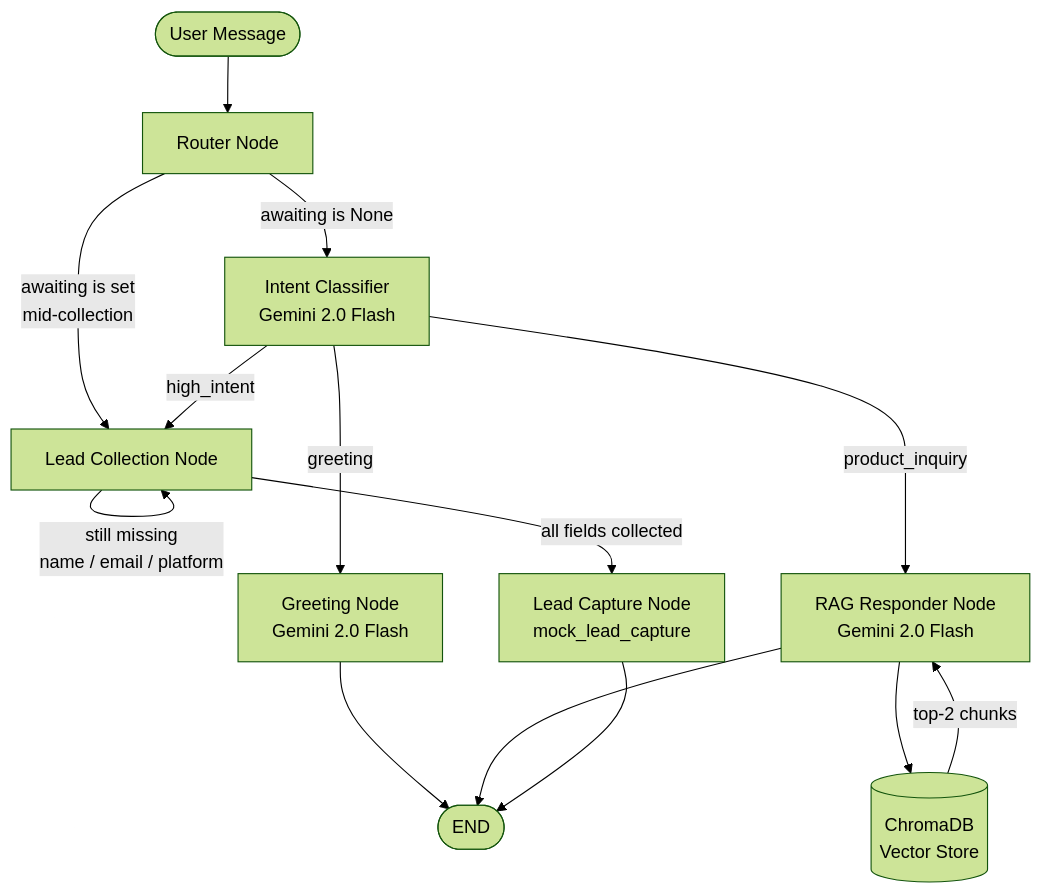
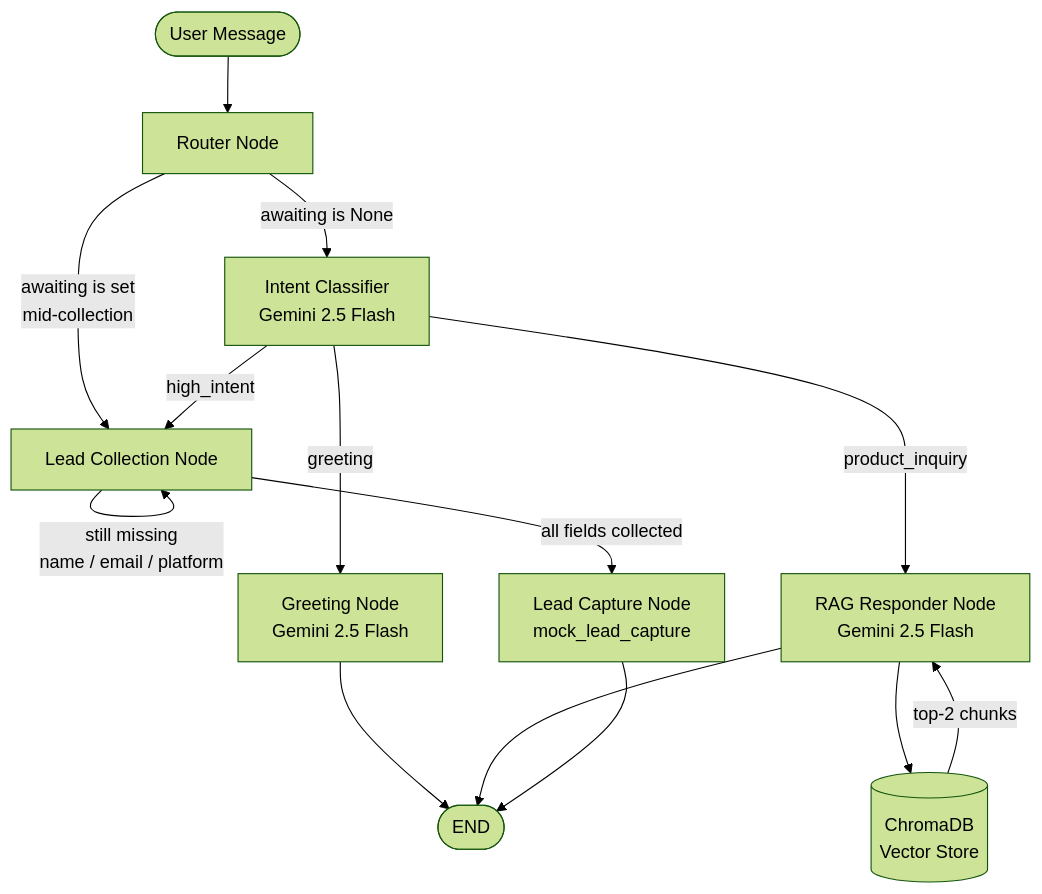
One commit to Dibyajyoti-07/Social-To-Lead-Agentic-Workflow changed the first of 4 diagrams in README.md. Above: the diagram before and after it, drawn with Mermaid (forest theme). The commit also changed other lines of this file, not shown here.

Commit message:
readme updated

````diff
--- a/README.md
+++ b/README.md
@@ -80,21 +80,21 @@
 ```mermaid
 flowchart TD
     A([User Message]) --> B[Router Node]
 
     B -->|awaiting is set\nmid-collection| C[Lead Collection Node]
-    B -->|awaiting is None| D[Intent Classifier\nGemini 2.0 Flash]
+    B -->|awaiting is None| D[Intent Classifier\nGemini 2.5 Flash]
 
-    D -->|greeting| E[Greeting Node\nGemini 2.0 Flash]
-    D -->|product_inquiry| F[RAG Responder Node\nGemini 2.0 Flash]
+    D -->|greeting| E[Greeting Node\nGemini 2.5 Flash]
+    D -->|product_inquiry| F[RAG Responder Node\nGemini 2.5 Flash]
     D -->|high_intent| C
 
     F --> G[(ChromaDB\nVector Store)]
     G -->|top-2 chunks| F
 
     C -->|still missing\nname / email / platform| C
     C -->|all fields collected| H[Lead Capture Node\nmock_lead_capture]
 
     E --> Z([END])
     F --> Z
     H --> Z
 ```
````
